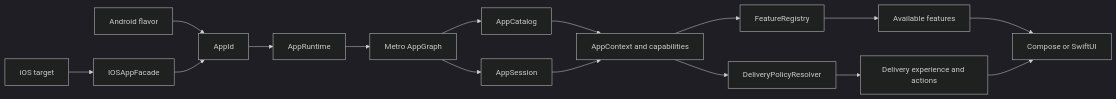
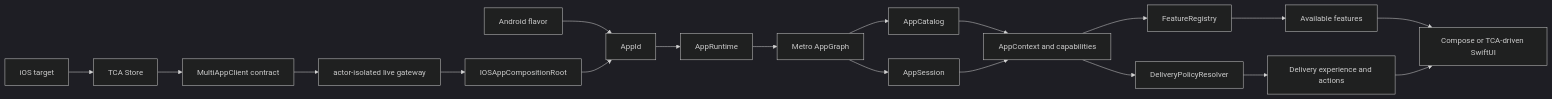
Before and after one commit to a-e-s-h-m-a/kmp-multi-app: the second of 8 diagrams in README.md, drawn with Mermaid (dark theme). The commit also changed other lines of this file and 19 other files, not shown here.

````diff
--- a/README.md
+++ b/README.md
@@ -470,18 +486,21 @@
 ```mermaid
 flowchart LR
     Android["Android flavor"] --> Identity["AppId"]
-    IOS["iOS target"] --> Facade["IOSAppFacade"]
-    Facade --> Identity
+    IOS["iOS target"] --> TCA["TCA Store"]
+    TCA --> Contract["MultiAppClient contract"]
+    Contract --> Gateway["actor-isolated live gateway"]
+    Gateway --> IOSRoot["IOSAppCompositionRoot"]
+    IOSRoot --> Identity
     Identity --> Runtime["AppRuntime"]
     Runtime --> Graph["Metro AppGraph"]
     Graph --> Catalog["AppCatalog"]
     Graph --> Session["AppSession"]
     Catalog --> Context["AppContext and capabilities"]
     Session --> Context
     Context --> Registry["FeatureRegistry"]
     Context --> Resolver["DeliveryPolicyResolver"]
     Registry --> Features["Available features"]
     Resolver --> Experience["Delivery experience and actions"]
-    Features --> NativeUI["Compose or SwiftUI"]
+    Features --> NativeUI["Compose or TCA-driven SwiftUI"]
     Experience --> NativeUI
 ```
````
